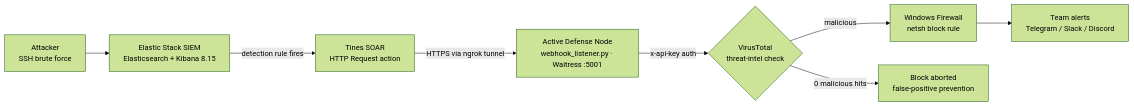
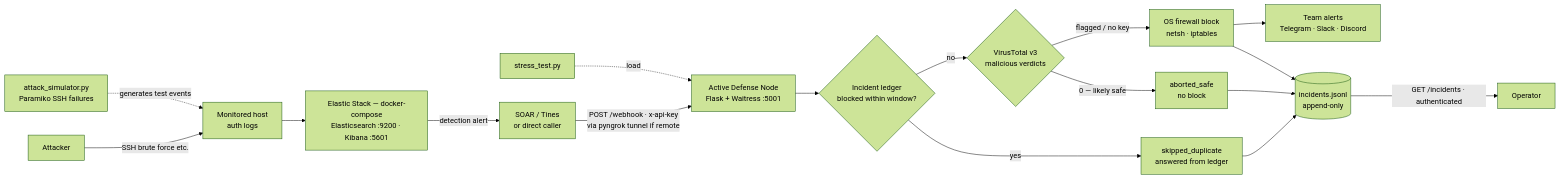
Before and after one commit to Manoj-2424150118/SIEM: the diagram in README.md, drawn with Mermaid (forest theme). The commit also changed other lines of this file and 1 other file, not shown here.

Commit message:
docs: production-grade README (architecture, threat model) + SECURITY policy

````diff
--- a/README.md
+++ b/README.md
@@ -55,10 +33,19 @@
 ```mermaid
 flowchart LR
-    A[Attacker<br/>SSH brute force] --> B[Elastic Stack SIEM<br/>Elasticsearch + Kibana 8.15]
-    B -->|detection rule fires| C[Tines SOAR<br/>HTTP Request action]
-    C -->|HTTPS via ngrok tunnel| D[Active Defense Node<br/>webhook_listener.py · Waitress :5001]
-    D -->|x-api-key auth| E{VirusTotal<br/>threat-intel check}
-    E -->|malicious| F[Windows Firewall<br/>netsh block rule]
-    E -->|0 malicious hits| G[Block aborted<br/>false-positive prevention]
-    F --> H[Team alerts<br/>Telegram / Slack / Discord]
+    ATK[Attacker] -->|SSH brute force etc.| HOST[Monitored host<br/>auth logs]
+    HOST --> EL[Elastic Stack — docker-compose<br/>Elasticsearch :9200 · Kibana :5601]
+    SIM[attack_simulator.py<br/>Paramiko SSH failures] -. generates test events .-> HOST
+    EL -->|detection alert| SOAR[SOAR / Tines<br/>or direct caller]
+    SOAR -->|POST /webhook · x-api-key<br/>via pyngrok tunnel if remote| N[Active Defense Node<br/>Flask + Waitress :5001]
+    N --> L{Incident ledger<br/>blocked within window?}
+    L -->|yes| DUP[skipped_duplicate<br/>answered from ledger]
+    L -->|no| VT{VirusTotal v3<br/>malicious verdicts}
+    VT -->|0 — likely safe| AB[aborted_safe<br/>no block]
+    VT -->|flagged / no key| FW[OS firewall block<br/>netsh · iptables]
+    FW --> AL[Team alerts<br/>Telegram · Slack · Discord]
+    DUP --> LED[(incidents.jsonl<br/>append-only)]
+    AB --> LED
+    FW --> LED
+    LED -->|GET /incidents · authenticated| OPS[Operator]
+    ST[stress_test.py] -. load .-> N
 ```
````
